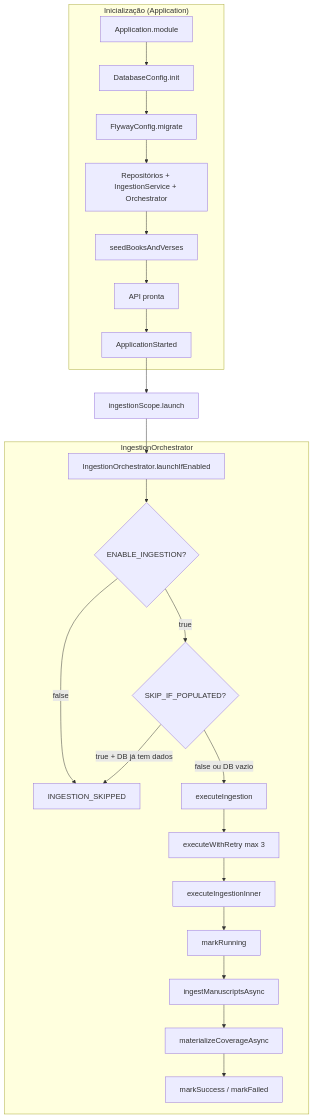
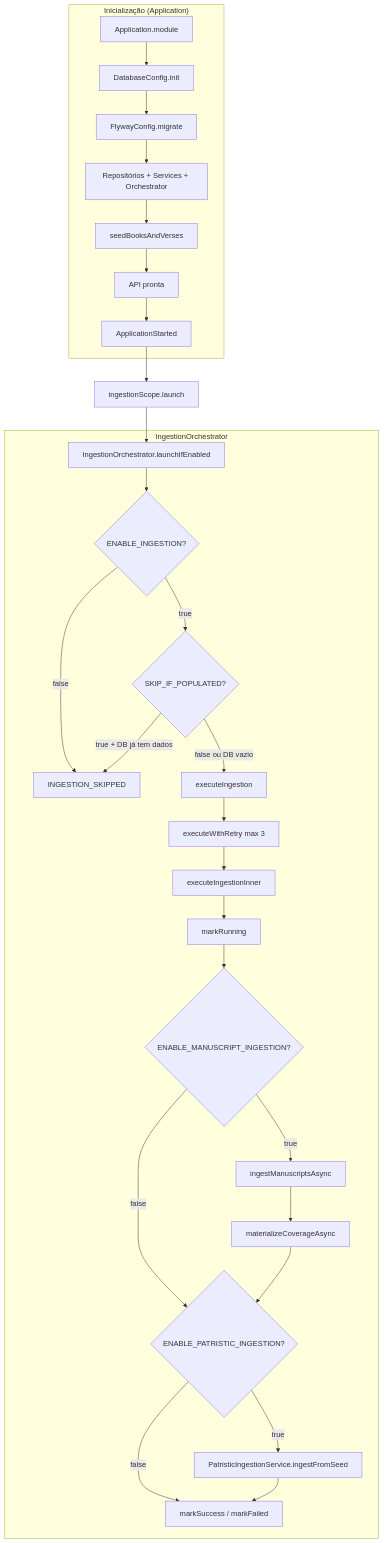
One commit to malamanlucas/manuscriptumatlas changed the first of 4 diagrams in docs/ingestion-architecture.md. Above: the diagram before and after it, drawn with Mermaid. The commit also changed other lines of this file and 72 other files, not shown here.

````diff
--- a/docs/ingestion-architecture.md
+++ b/docs/ingestion-architecture.md
@@ -9,28 +9,33 @@
 ```mermaid
 flowchart TB
     subgraph Startup["Inicialização (Application)"]
         A[Application.module] --> B[DatabaseConfig.init]
         B --> C[FlywayConfig.migrate]
-        C --> D[Repositórios + IngestionService + Orchestrator]
+        C --> D[Repositórios + Services + Orchestrator]
         D --> E[seedBooksAndVerses]
         E --> F[API pronta]
         F --> G[ApplicationStarted]
     end
 
     G --> H[ingestionScope.launch]
     H --> I[IngestionOrchestrator.launchIfEnabled]
 
     subgraph Orchestrator["IngestionOrchestrator"]
         I --> J{ENABLE_INGESTION?}
         J -->|false| K[INGESTION_SKIPPED]
         J -->|true| L{SKIP_IF_POPULATED?}
         L -->|true + DB já tem dados| K
         L -->|false ou DB vazio| M[executeIngestion]
         M --> N[executeWithRetry max 3]
         N --> O[executeIngestionInner]
         O --> P[markRunning]
-        P --> Q[ingestManuscriptsAsync]
-        Q --> R[materializeCoverageAsync]
-        R --> S[markSuccess / markFailed]
+        P --> Q{ENABLE_MANUSCRIPT_INGESTION?}
+        Q -->|true| R[ingestManuscriptsAsync]
+        R --> S[materializeCoverageAsync]
+        Q -->|false| T{ENABLE_PATRISTIC_INGESTION?}
+        S --> T
+        T -->|true| U[PatristicIngestionService.ingestFromSeed]
+        T -->|false| V[markSuccess / markFailed]
+        U --> V
     end
 ```
````
